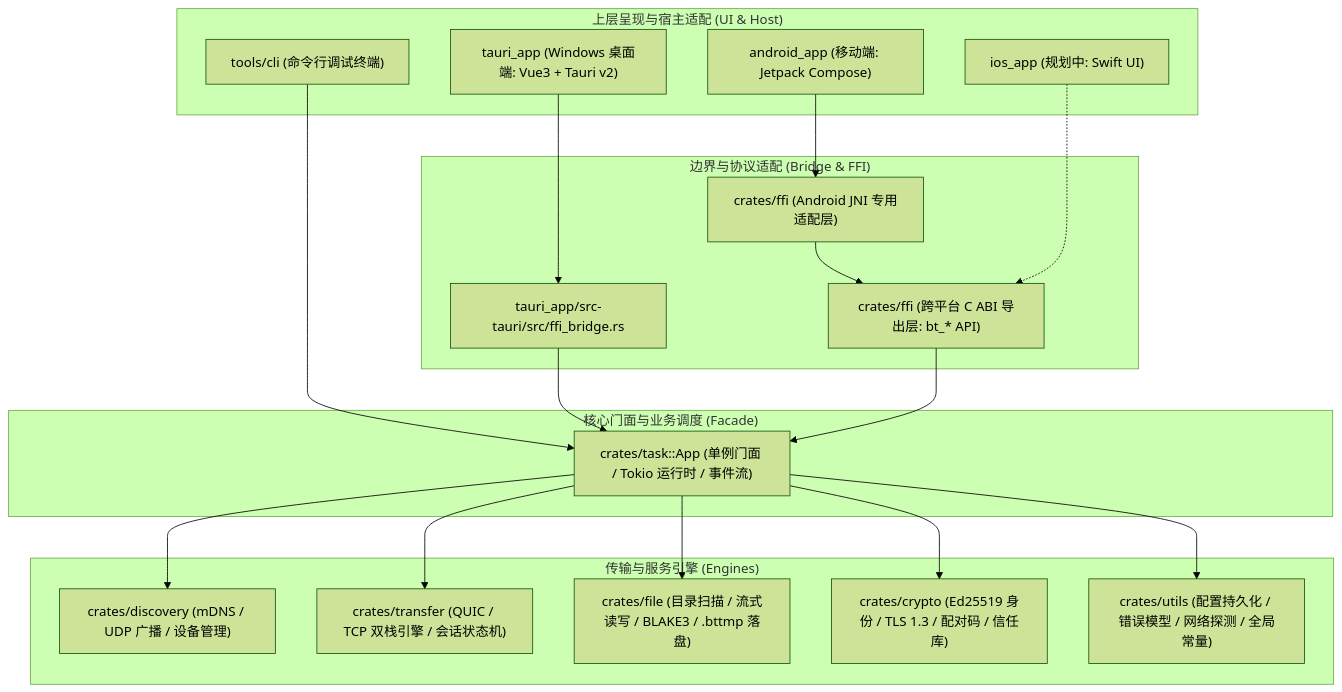
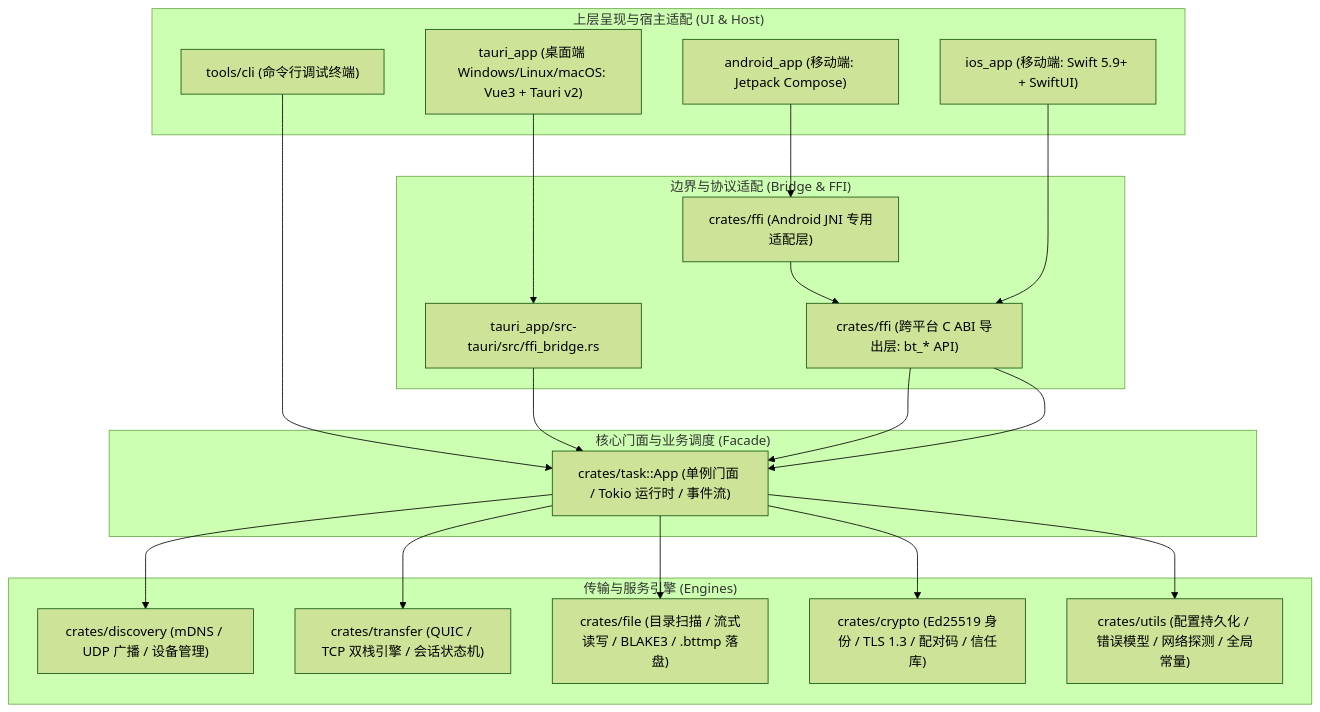
Before and after one commit to gengzhy/bolt: the diagram in docs/project_structure.md, drawn with Mermaid (forest theme). The commit also changed other lines of this file and 15 other files, not shown here.

````diff
--- a/docs/project_structure.md
+++ b/docs/project_structure.md
@@ -315,38 +332,38 @@
 ```mermaid
 graph TD
     subgraph UI_Layer ["上层呈现与宿主适配 (UI & Host)"]
         CLI["tools/cli (命令行调试终端)"]
-        Tauri["tauri_app (Windows 桌面端: Vue3 + Tauri v2)"]
+        Tauri["tauri_app (桌面端 Windows/Linux/macOS: Vue3 + Tauri v2)"]
         Android["android_app (移动端: Jetpack Compose)"]
-        IOS["ios_app (规划中: Swift UI)"]
+        IOS["ios_app (移动端: Swift 5.9+ + SwiftUI)"]
     end
 
     subgraph Bridge_Layer ["边界与协议适配 (Bridge & FFI)"]
         FFI_C["crates/ffi (跨平台 C ABI 导出层: bt_* API)"]
         FFI_JNI["crates/ffi (Android JNI 专用适配层)"]
         Tauri_Cmd["tauri_app/src-tauri/src/ffi_bridge.rs"]
     end
 
     subgraph Core_Facade ["核心门面与业务调度 (Facade)"]
         App["crates/task::App (单例门面 / Tokio 运行时 / 事件流)"]
     end
 
     subgraph Engine_Layer ["传输与服务引擎 (Engines)"]
         Discovery["crates/discovery (mDNS / UDP 广播 / 设备管理)"]
         Transfer["crates/transfer (QUIC / TCP 双栈引擎 / 会话状态机)"]
         FileIO["crates/file (目录扫描 / 流式读写 / BLAKE3 / .bttmp 落盘)"]
         Crypto["crates/crypto (Ed25519 身份 / TLS 1.3 / 配对码 / 信任库)"]
         Utils["crates/utils (配置持久化 / 错误模型 / 网络探测 / 全局常量)"]
     end
 
     CLI --> App
     Tauri --> Tauri_Cmd --> App
     Android --> FFI_JNI --> FFI_C --> App
-    IOS -.-> FFI_C
+    IOS --> FFI_C --> App
 
     App --> Discovery
     App --> Transfer
     App --> FileIO
     App --> Crypto
     App --> Utils
 ```
````
